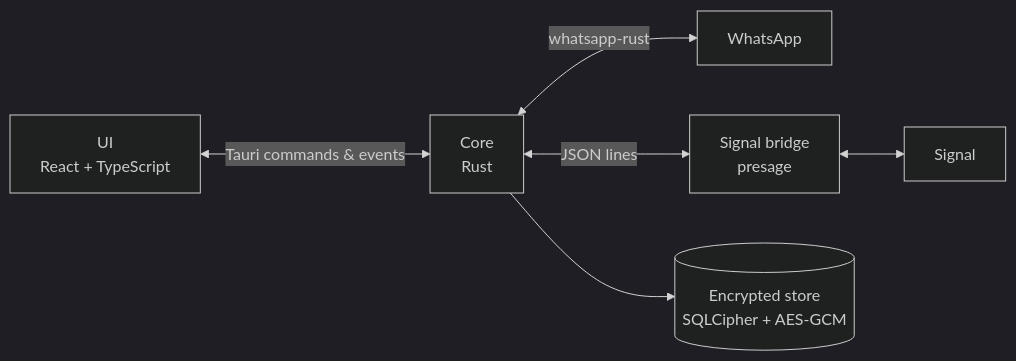
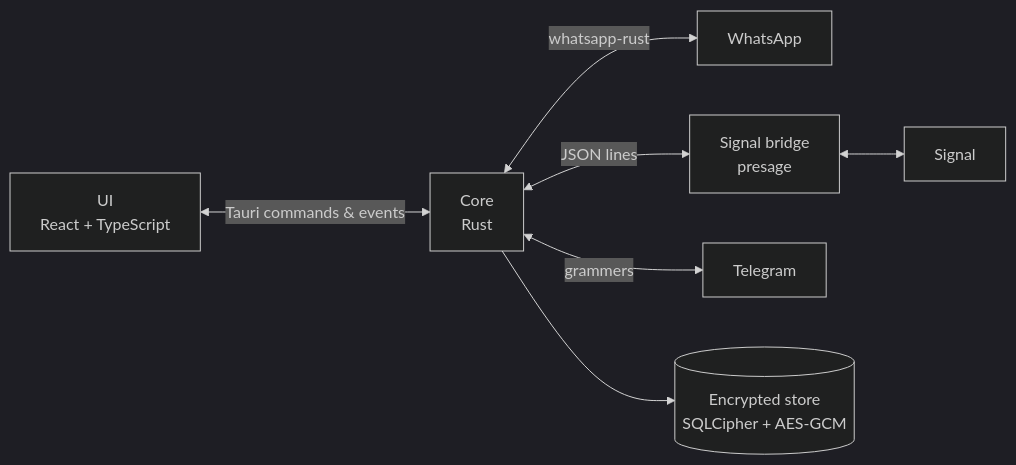
The diagram in README.md (joaomdsferro/omega-zap), drawn with Mermaid (dark theme) before and after one commit. The commit also changed other lines of this file, not shown here.

Commit message:
docs: Telegram in the README

````diff
--- a/README.md
+++ b/README.md
@@ -83,8 +86,9 @@
 ```mermaid
 flowchart LR
   UI["UI<br/>React + TypeScript"] <-->|Tauri commands & events| Core["Core<br/>Rust"]
   Core <-->|whatsapp-rust| WA["WhatsApp"]
   Core <-->|JSON lines| Bridge["Signal bridge<br/>presage"]
   Bridge <--> SG["Signal"]
+  Core <-->|grammers| TG["Telegram"]
   Core --> Disk[("Encrypted store<br/>SQLCipher + AES-GCM")]
 ```
````
